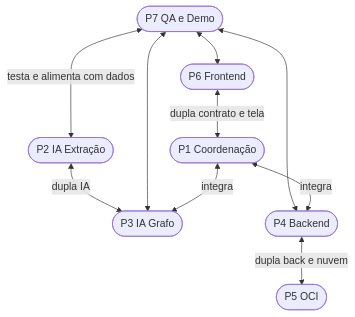
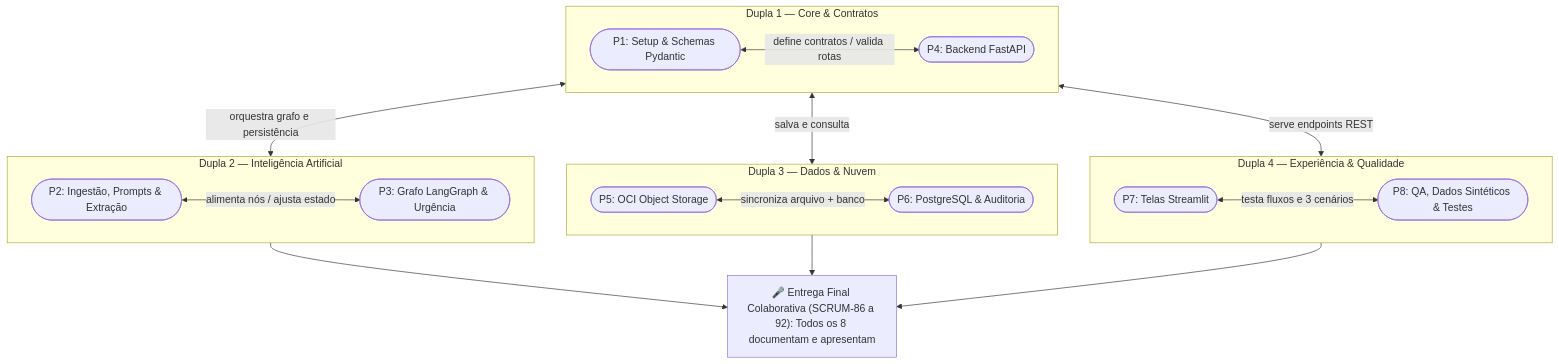
One commit to No-Country-simulation/G10-BRASIL-05 changed the second of 2 diagrams in PLANO_DE_ACAO.md. Above: the diagram before and after it, drawn with Mermaid. The commit also changed other lines of this file and 3 other files, not shown here.

First line of the commit message:
docs: atualizar arquitetura para Streamlit + PostgreSQL (ADR 0004) e plano de acao para 8 pessoas

````diff
--- a/PLANO_DE_ACAO.md
+++ b/PLANO_DE_ACAO.md
@@ -124,20 +123,23 @@
 ```mermaid
 flowchart TB
-    P1(["P1 Coordenação"])
-    P2(["P2 IA Extração"])
-    P3(["P3 IA Grafo"])
-    P4(["P4 Backend"])
-    P5(["P5 OCI"])
-    P6(["P6 Frontend"])
-    P7(["P7 QA e Demo"])
+    subgraph D1["Dupla 1 — Core & Contratos"]
+        P1(["P1: Setup & Schemas Pydantic"]) <-->|"define contratos / valida rotas"| P4(["P4: Backend FastAPI"])
+    end
 
-    P2 <-->|"dupla IA"| P3
-    P4 <-->|"dupla back e nuvem"| P5
-    P6 <-->|"dupla contrato e tela"| P1
-    P7 <-->|"testa e alimenta com dados"| P2
-    P7 <--> P3
-    P7 <--> P4
-    P7 <--> P6
-    P1 <-->|"integra"| P3
-    P1 <-->|"integra"| P4
+    subgraph D2["Dupla 2 — Inteligência Artificial"]
+        P2(["P2: Ingestão, Prompts & Extração"]) <-->|"alimenta nós / ajusta estado"| P3(["P3: Grafo LangGraph & Urgência"])
+    end
+
+    subgraph D3["Dupla 3 — Dados & Nuvem"]
+        P5(["P5: OCI Object Storage"]) <-->|"sincroniza arquivo + banco"| P6(["P6: PostgreSQL & Auditoria"])
+    end
+
+    subgraph D4["Dupla 4 — Experiência & Qualidade"]
+        P7(["P7: Telas Streamlit"]) <-->|"testa fluxos e 3 cenários"| P8(["P8: QA, Dados Sintéticos & Testes"])
+    end
+
+    D1 <-->|"orquestra grafo e persistência"| D2
+    D1 <-->|"salva e consulta"| D3
+    D1 <-->|"serve endpoints REST"| D4
+    D2 & D3 & D4 --> APRES["🎤 Entrega Final Colaborativa (SCRUM-86 a 92): Todos os 8 documentam e apresentam"]
 ```
````
